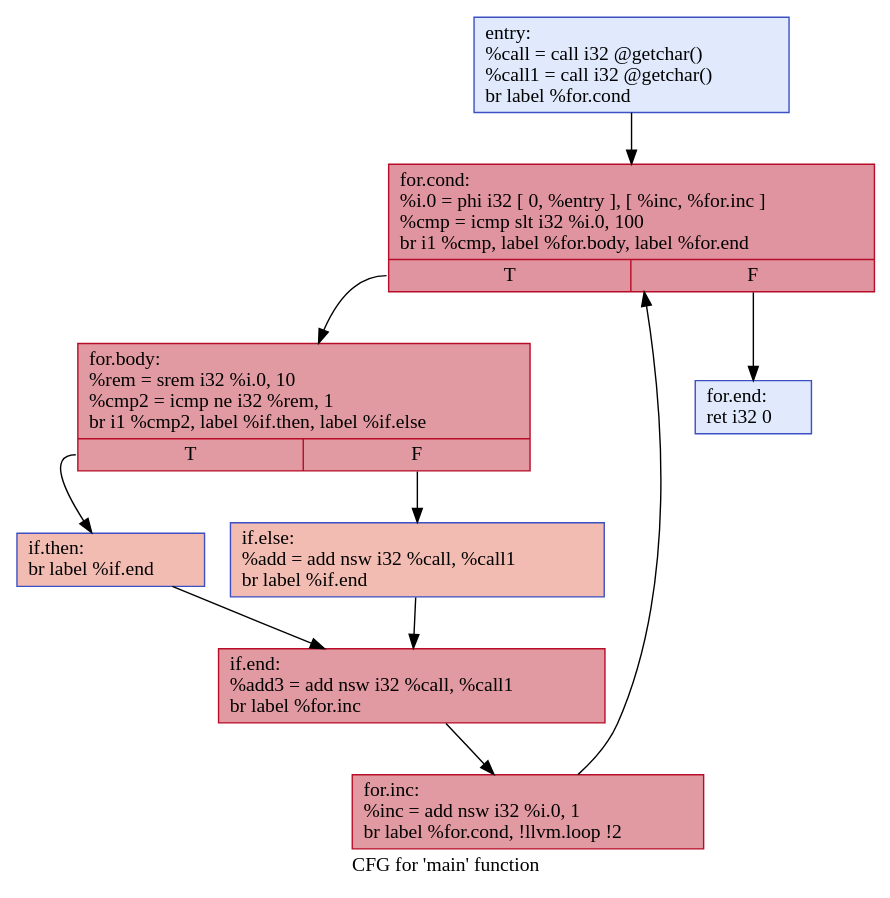
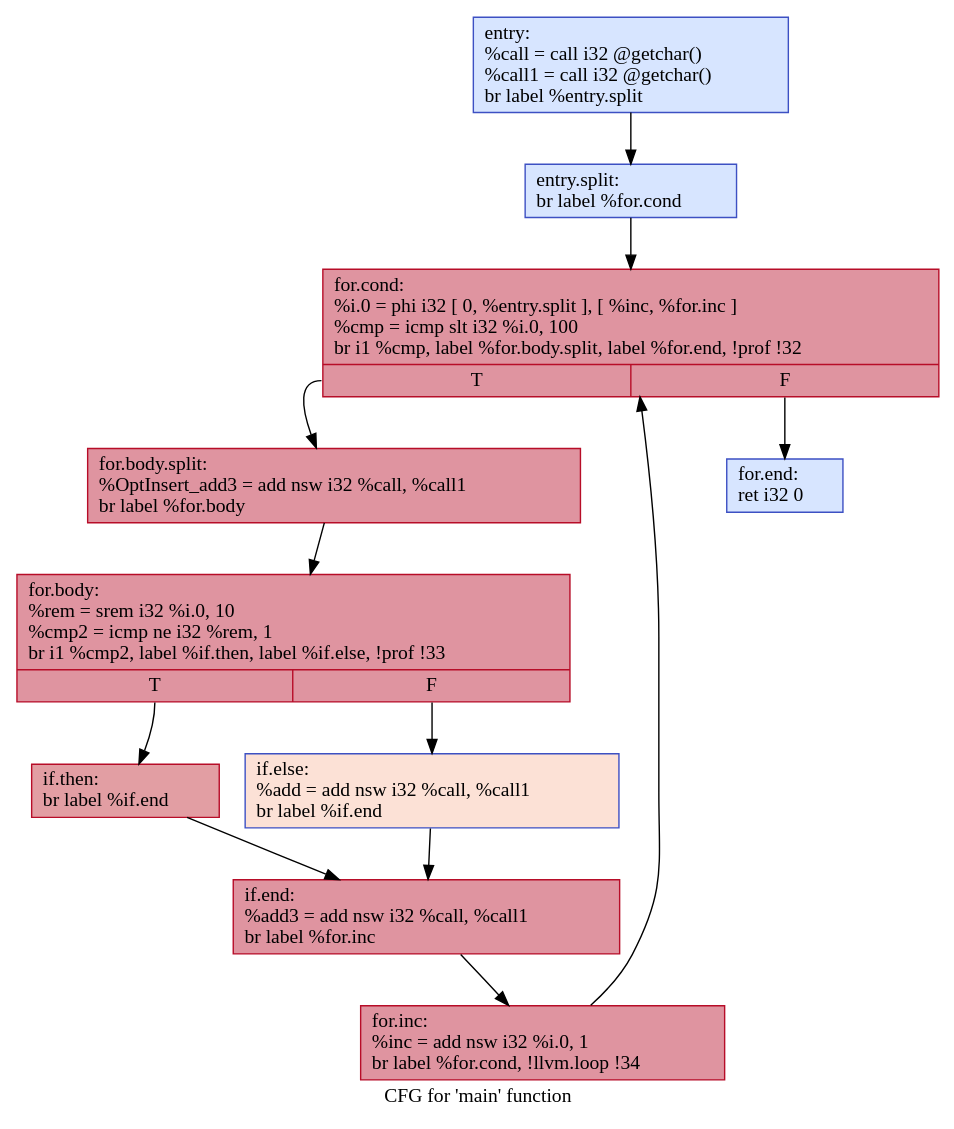
One commit to GGLeod/Speculation-Based-GVNPRE changed the diagram in visual/.main.dot. Above: the diagram before and after it, drawn with Graphviz. The commit also changed 6 other files, not shown here.

```diff
--- a/visual/.main.dot
+++ b/visual/.main.dot
@@ -1,21 +1,25 @@
 digraph "CFG for 'main' function" {
 	label="CFG for 'main' function";
 
-	Node0x55b9f45256b0 [shape=record,color="#3d50c3ff", style=filled, fillcolor="#b9d0f970",label="{entry:\l  %call = call i32 @getchar()\l  %call1 = call i32 @getchar()\l  br label %for.cond\l}"];
-	Node0x55b9f45256b0 -> Node0x55b9f4525700;
-	Node0x55b9f4525700 [shape=record,color="#b70d28ff", style=filled, fillcolor="#b70d2870",label="{for.cond:                                         \l  %i.0 = phi i32 [ 0, %entry ], [ %inc, %for.inc ]\l  %cmp = icmp slt i32 %i.0, 100\l  br i1 %cmp, label %for.body, label %for.end\l|{<s0>T|<s1>F}}"];
-	Node0x55b9f4525700:s0 -> Node0x55b9f4525750;
-	Node0x55b9f4525700:s1 -> Node0x55b9f45258e0;
-	Node0x55b9f4525750 [shape=record,color="#b70d28ff", style=filled, fillcolor="#bb1b2c70",label="{for.body:                                         \l  %rem = srem i32 %i.0, 10\l  %cmp2 = icmp ne i32 %rem, 1\l  br i1 %cmp2, label %if.then, label %if.else\l|{<s0>T|<s1>F}}"];
-	Node0x55b9f4525750:s0 -> Node0x55b9f45257a0;
-	Node0x55b9f4525750:s1 -> Node0x55b9f45257f0;
-	Node0x55b9f45257a0 [shape=record,color="#3d50c3ff", style=filled, fillcolor="#e1675170",label="{if.then:                                          \l  br label %if.end\l}"];
-	Node0x55b9f45257a0 -> Node0x55b9f4525840;
-	Node0x55b9f45257f0 [shape=record,color="#3d50c3ff", style=filled, fillcolor="#e1675170",label="{if.else:                                          \l  %add = add nsw i32 %call, %call1\l  br label %if.end\l}"];
-	Node0x55b9f45257f0 -> Node0x55b9f4525840;
-	Node0x55b9f4525840 [shape=record,color="#b70d28ff", style=filled, fillcolor="#bb1b2c70",label="{if.end:                                           \l  %add3 = add nsw i32 %call, %call1\l  br label %for.inc\l}"];
-	Node0x55b9f4525840 -> Node0x55b9f4525890;
-	Node0x55b9f4525890 [shape=record,color="#b70d28ff", style=filled, fillcolor="#bb1b2c70",label="{for.inc:                                          \l  %inc = add nsw i32 %i.0, 1\l  br label %for.cond, !llvm.loop !2\l}"];
-	Node0x55b9f4525890 -> Node0x55b9f4525700;
-	Node0x55b9f45258e0 [shape=record,color="#3d50c3ff", style=filled, fillcolor="#b9d0f970",label="{for.end:                                          \l  ret i32 0\l}"];
+	Node0x5618eed79c30 [shape=record,color="#3d50c3ff", style=filled, fillcolor="#a5c3fe70",label="{entry:\l  %call = call i32 @getchar()\l  %call1 = call i32 @getchar()\l  br label %entry.split\l}"];
+	Node0x5618eed79c30 -> Node0x5618eed825d0;
+	Node0x5618eed825d0 [shape=record,color="#3d50c3ff", style=filled, fillcolor="#a5c3fe70",label="{entry.split:                                      \l  br label %for.cond\l}"];
+	Node0x5618eed825d0 -> Node0x5618eed82620;
+	Node0x5618eed82620 [shape=record,color="#b70d28ff", style=filled, fillcolor="#b70d2870",label="{for.cond:                                         \l  %i.0 = phi i32 [ 0, %entry.split ], [ %inc, %for.inc ]\l  %cmp = icmp slt i32 %i.0, 100\l  br i1 %cmp, label %for.body.split, label %for.end, !prof !32\l|{<s0>T|<s1>F}}"];
+	Node0x5618eed82620:s0 -> Node0x5618eed82670;
+	Node0x5618eed82620:s1 -> Node0x5618eed82850;
+	Node0x5618eed82670 [shape=record,color="#b70d28ff", style=filled, fillcolor="#b70d2870",label="{for.body.split:                                   \l  %OptInsert_add3 = add nsw i32 %call, %call1\l  br label %for.body\l}"];
+	Node0x5618eed82670 -> Node0x5618eed826c0;
+	Node0x5618eed826c0 [shape=record,color="#b70d28ff", style=filled, fillcolor="#b70d2870",label="{for.body:                                         \l  %rem = srem i32 %i.0, 10\l  %cmp2 = icmp ne i32 %rem, 1\l  br i1 %cmp2, label %if.then, label %if.else, !prof !33\l|{<s0>T|<s1>F}}"];
+	Node0x5618eed826c0:s0 -> Node0x5618eed82710;
+	Node0x5618eed826c0:s1 -> Node0x5618eed82760;
+	Node0x5618eed82710 [shape=record,color="#b70d28ff", style=filled, fillcolor="#be242e70",label="{if.then:                                          \l  br label %if.end\l}"];
+	Node0x5618eed82710 -> Node0x5618eed827b0;
+	Node0x5618eed82760 [shape=record,color="#3d50c3ff", style=filled, fillcolor="#f7bca170",label="{if.else:                                          \l  %add = add nsw i32 %call, %call1\l  br label %if.end\l}"];
+	Node0x5618eed82760 -> Node0x5618eed827b0;
+	Node0x5618eed827b0 [shape=record,color="#b70d28ff", style=filled, fillcolor="#b70d2870",label="{if.end:                                           \l  %add3 = add nsw i32 %call, %call1\l  br label %for.inc\l}"];
+	Node0x5618eed827b0 -> Node0x5618eed82800;
+	Node0x5618eed82800 [shape=record,color="#b70d28ff", style=filled, fillcolor="#b70d2870",label="{for.inc:                                          \l  %inc = add nsw i32 %i.0, 1\l  br label %for.cond, !llvm.loop !34\l}"];
+	Node0x5618eed82800 -> Node0x5618eed82620;
+	Node0x5618eed82850 [shape=record,color="#3d50c3ff", style=filled, fillcolor="#a5c3fe70",label="{for.end:                                          \l  ret i32 0\l}"];
 }
```
